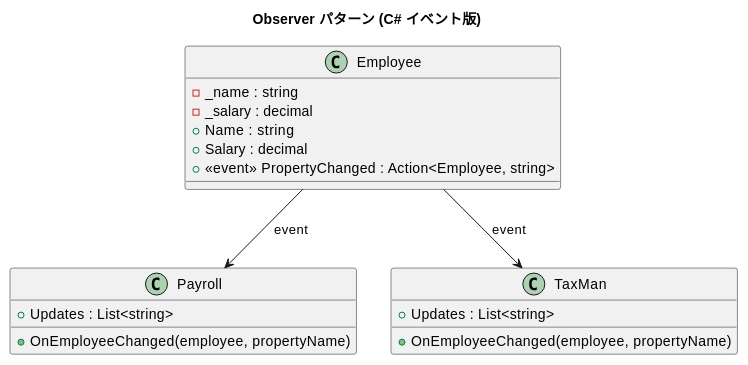
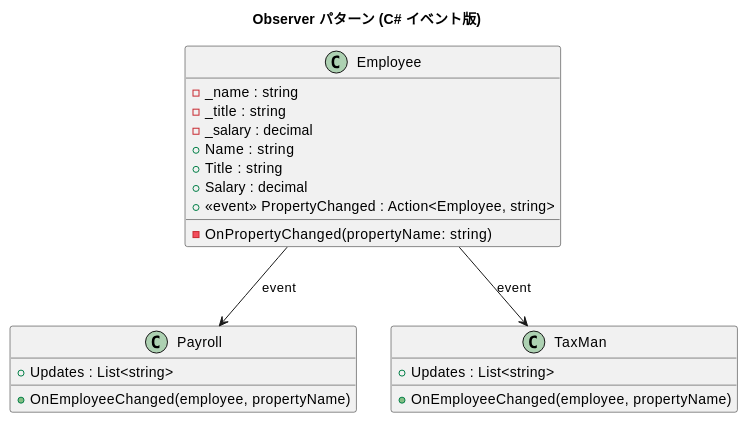
Before and after one commit to k2works/getting-started-design-pattern: the diagram in docs/article/csharp/06-observer.md, drawn with PlantUML. The commit also changed other lines of this file and 7 other files, not shown here.

````diff
--- a/docs/article/csharp/06-observer.md
+++ b/docs/article/csharp/06-observer.md
@@ -13,26 +13,29 @@
 ```plantuml
 @startuml
 title Observer パターン (C# イベント版)
 
 class Employee {
   - _name : string
+  - _title : string
   - _salary : decimal
   + Name : string
+  + Title : string
   + Salary : decimal
   + <<event>> PropertyChanged : Action<Employee, string>
+  - OnPropertyChanged(propertyName: string)
 }
 
 class Payroll {
   + Updates : List<string>
   + OnEmployeeChanged(employee, propertyName)
 }
 
 class TaxMan {
   + Updates : List<string>
   + OnEmployeeChanged(employee, propertyName)
 }
 
 Employee --> Payroll : event
 Employee --> TaxMan : event
 @enduml
 ```
````
